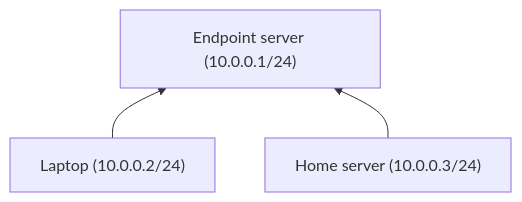
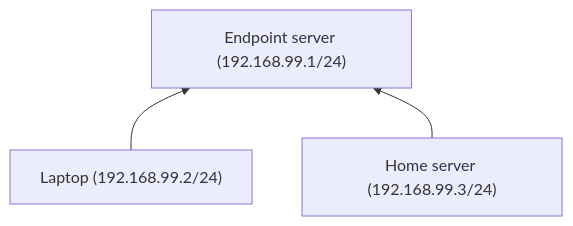
Before and after one commit to vlasov-y/wireguard-ansible: the second of 3 diagrams in examples/multiple-networks/README.md, drawn with Mermaid. The commit also changed other lines of this file and 5 other files, not shown here.

````diff
--- a/examples/multiple-networks/README.md
+++ b/examples/multiple-networks/README.md
@@ -18,5 +18,5 @@
 ```mermaid
 graph BT
-  localhost["Laptop (10.0.0.2/24)"] --> vpn["Endpoint server (10.0.0.1/24)"]
-  server["Home server (10.0.0.3/24)"] --> vpn
+  localhost["Laptop (192.168.99.2/24)"] --> vpn["Endpoint server (192.168.99.1/24)"]
+  server["Home server (192.168.99.3/24)"] --> vpn
 ```
````
